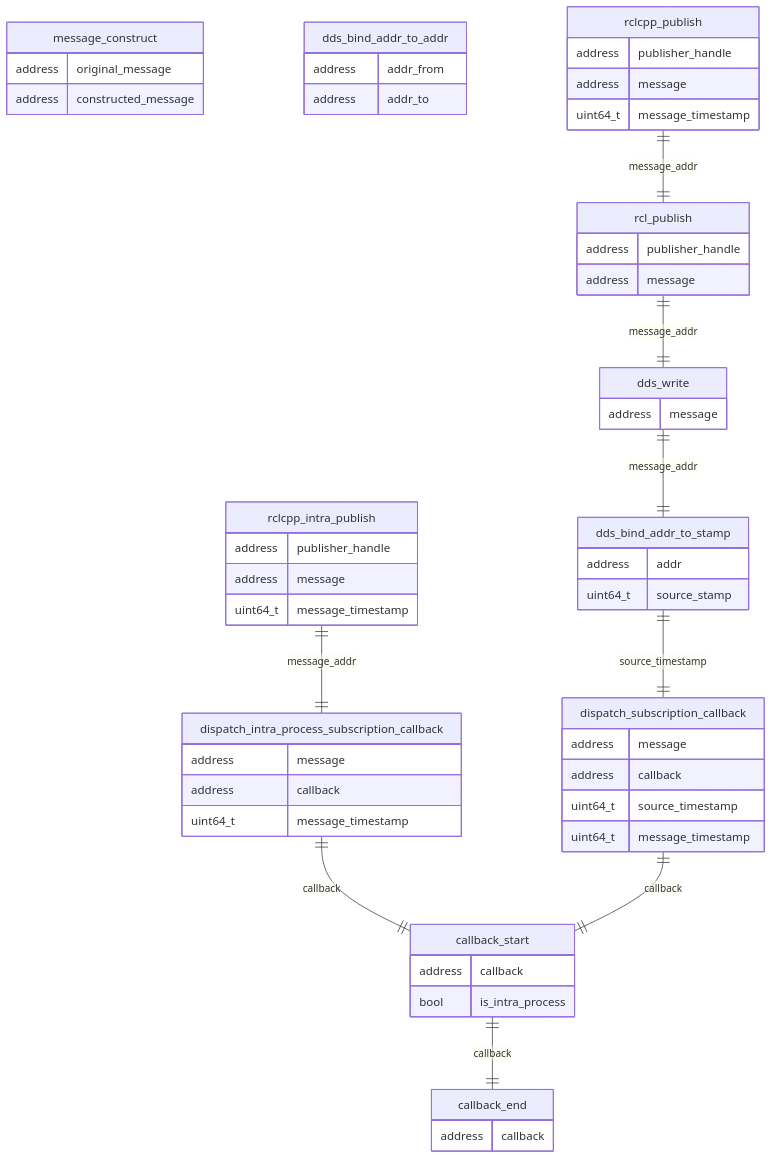
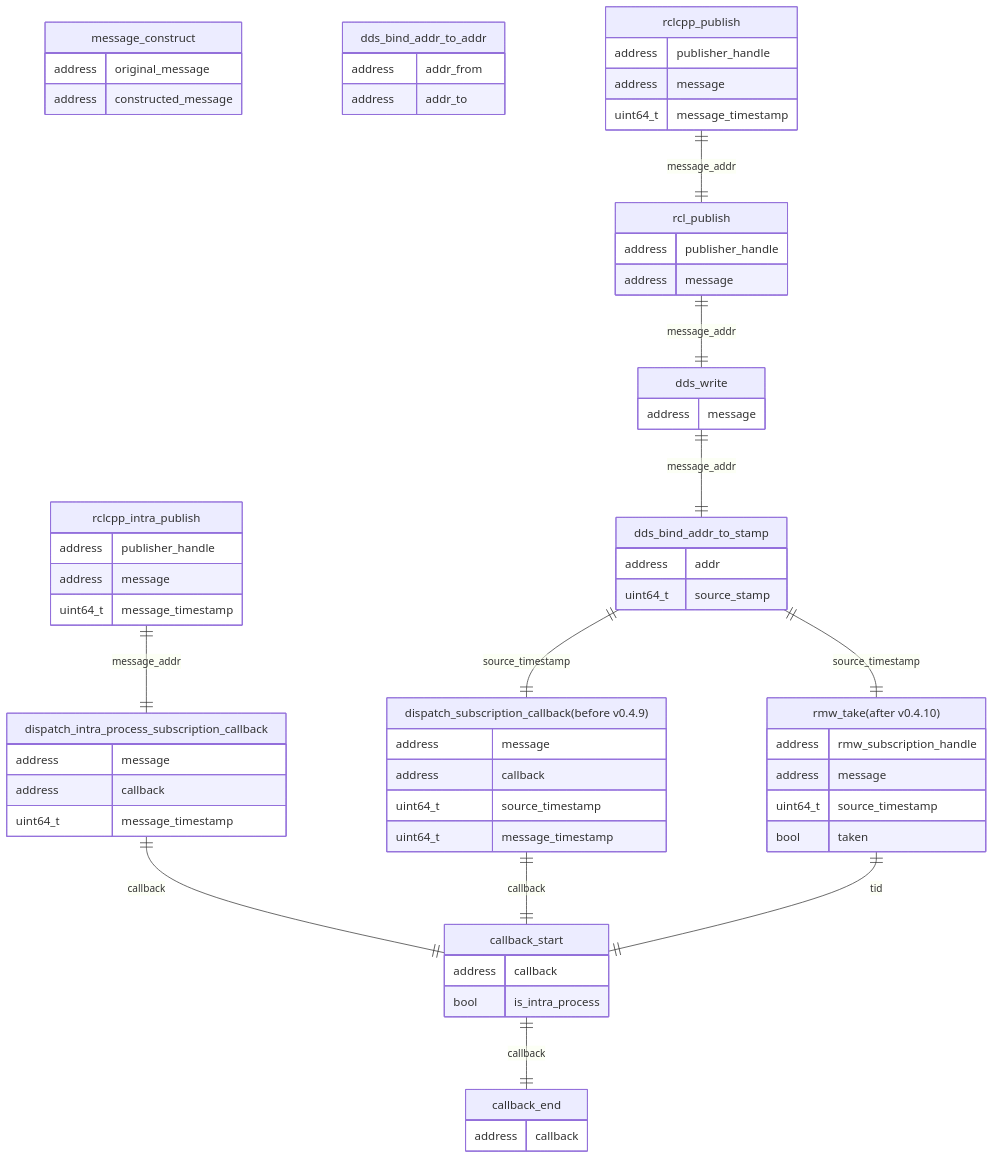
Before and after one commit to tier4/caret_doc: the diagram in docs/design/trace_points/runtime_trace_points.md, drawn with Mermaid. The commit also changed other lines of this file, not shown here.

````diff
--- a/docs/design/trace_points/runtime_trace_points.md
+++ b/docs/design/trace_points/runtime_trace_points.md
@@ -3,74 +3,83 @@
 ```mermaid
 erDiagram
 
  callback_start{
  address callback
  bool is_intra_process
  }
 
  callback_end{
  address callback
  }
 
  message_construct{
  address original_message
  address constructed_message
  }
 
  dds_bind_addr_to_addr{
  address addr_from
  address addr_to
  }
 
  rclcpp_intra_publish{
  address publisher_handle
  address message
  uint64_t message_timestamp
  }
 
- dispatch_subscription_callback{
+ "rmw_take(after v0.4.10)"{
+ address rmw_subscription_handle
+ address message
+ uint64_t source_timestamp
+ bool taken
+ }
+
+ "dispatch_subscription_callback(before v0.4.9)"{
  address message
  address callback
  uint64_t source_timestamp
  uint64_t message_timestamp
  }
 
  dispatch_intra_process_subscription_callback{
  address message
  address callback
  uint64_t message_timestamp
  }
 
  rcl_publish{
  address publisher_handle
  address message
  }
 
  rclcpp_publish{
  address publisher_handle
  address message
  uint64_t message_timestamp
  }
 
  dds_write{
  address message
  }
 
  dds_bind_addr_to_stamp{
  address addr
  uint64_t source_stamp
  }
 
     rclcpp_intra_publish ||--|| dispatch_intra_process_subscription_callback: message_addr
     rclcpp_publish ||--|| rcl_publish: message_addr
     rcl_publish ||--|| dds_write: message_addr
     dds_write ||--|| dds_bind_addr_to_stamp: message_addr
 
-    dds_bind_addr_to_stamp ||--|| dispatch_subscription_callback: source_timestamp
+    dds_bind_addr_to_stamp ||--|| "dispatch_subscription_callback(before v0.4.9)": source_timestamp
 
+    dds_bind_addr_to_stamp ||--|| "rmw_take(after v0.4.10)": source_timestamp
+    "rmw_take(after v0.4.10)" ||--|| callback_start: tid
+    dispatch_intra_process_subscription_callback ||--|| callback_start: callback
+    "dispatch_subscription_callback(before v0.4.9)" ||--|| callback_start: callback
 
-    dispatch_intra_process_subscription_callback ||--|| callback_start: callback
-    dispatch_subscription_callback ||--|| callback_start: callback
     callback_start ||--|| callback_end: callback
 
 ```
````
